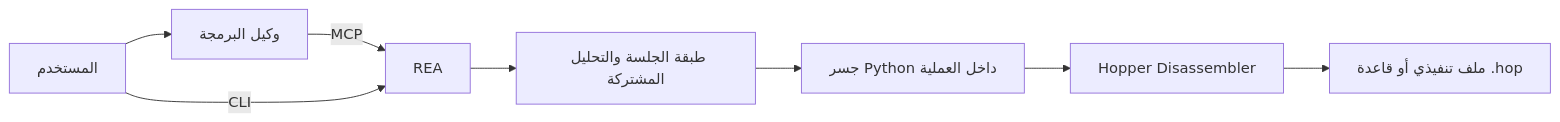
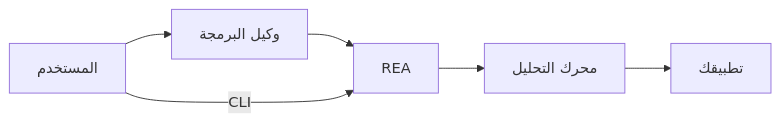
One commit to bryankwandou/rea changed the diagram in README_ar.md. Above: the diagram before and after it, drawn with Mermaid. The commit also changed other lines of this file and 15 other files, not shown here.

Commit message:
Simplify REA onboarding and app targeting

````diff
--- a/README_ar.md
+++ b/README_ar.md
@@ -166,10 +173,8 @@
 ```mermaid
 flowchart LR
     Human[المستخدم] --> Agent[وكيل البرمجة]
-    Agent -->|MCP| REA[REA]
+    Agent --> REA[REA]
     Human -->|CLI| REA
-    REA --> Runtime[طبقة الجلسة والتحليل المشتركة]
-    Runtime --> Bridge[جسر Python داخل العملية]
-    Bridge --> Hopper[Hopper Disassembler]
-    Hopper --> Binary[ملف تنفيذي أو قاعدة .hop]
+    REA --> Hopper[محرك التحليل]
+    Hopper --> App[تطبيقك]
 ```
````
